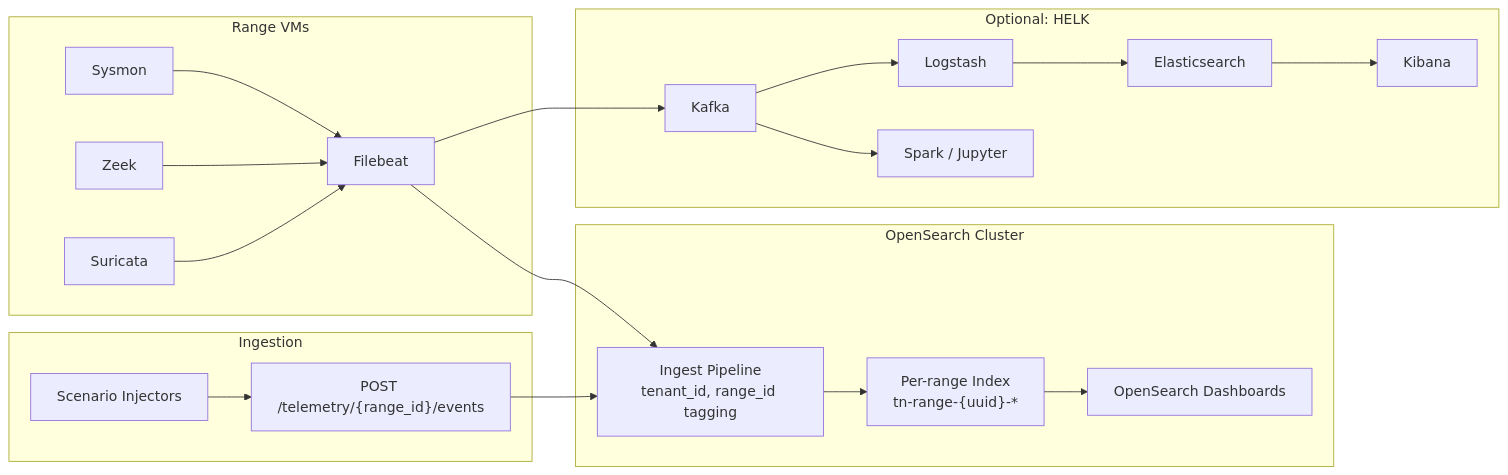
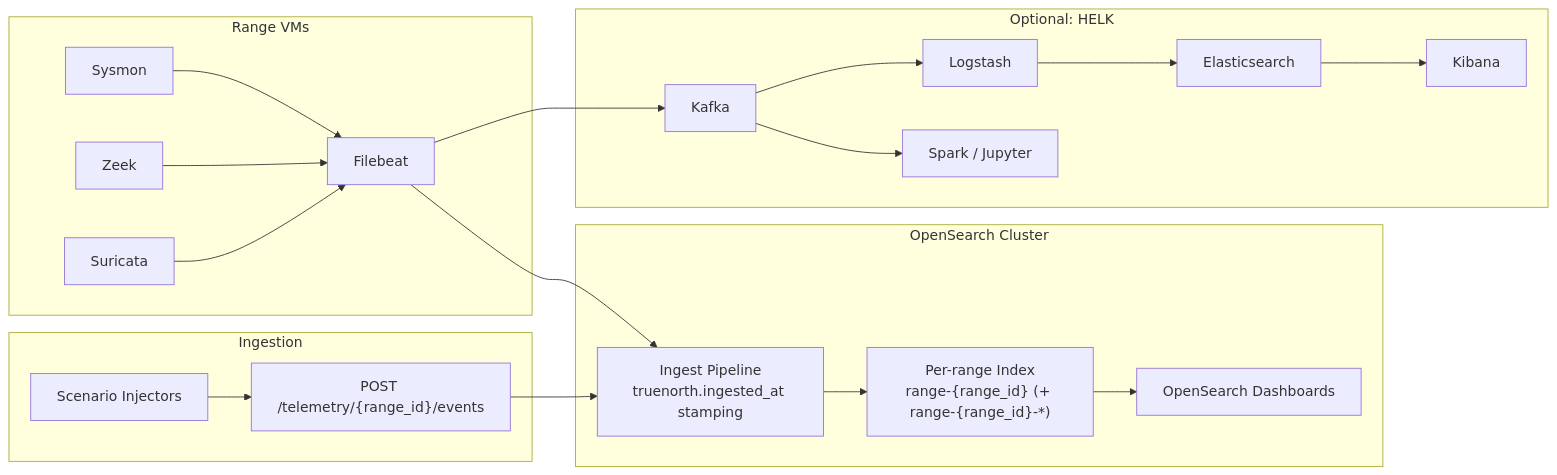
One commit to mblanke/TrueNorth changed the ninth of 15 diagrams in docs/architecture.md. Above: the diagram before and after it, drawn with Mermaid. The commit also changed other lines of this file, not shown here.

Commit message:
uncommitted at end of run w-dc-architecture-r1 (collected by tn-run.sh)

````diff
--- a/docs/architecture.md
+++ b/docs/architecture.md
@@ -348,42 +355,42 @@
 ```mermaid
 graph LR
     subgraph "Range VMs"
         SM["Sysmon"]
         ZK["Zeek"]
         SU["Suricata"]
         FB["Filebeat"]
     end
 
     subgraph "Ingestion"
         INJ["Scenario Injectors"]
         API_TEL["POST /telemetry/{range_id}/events"]
     end
 
     subgraph "OpenSearch Cluster"
-        IDX["Per-range Index<br/>tn-range-{uuid}-*"]
-        PIPE["Ingest Pipeline<br/>tenant_id, range_id tagging"]
+        IDX["Per-range Index<br/>range-{range_id} (+ range-{range_id}-*)"]
+        PIPE["Ingest Pipeline<br/>truenorth.ingested_at stamping"]
         DASH["OpenSearch Dashboards"]
     end
 
     subgraph "Optional: HELK"
         KFK["Kafka"]
         LS["Logstash"]
         ES["Elasticsearch"]
         KIB["Kibana"]
         SPK["Spark / Jupyter"]
     end
 
     SM --> FB
     ZK --> FB
     SU --> FB
     FB --> PIPE
     INJ --> API_TEL
     API_TEL --> PIPE
     PIPE --> IDX
     IDX --> DASH
     FB --> KFK
     KFK --> LS
     LS --> ES
     ES --> KIB
     KFK --> SPK
 ```
````
